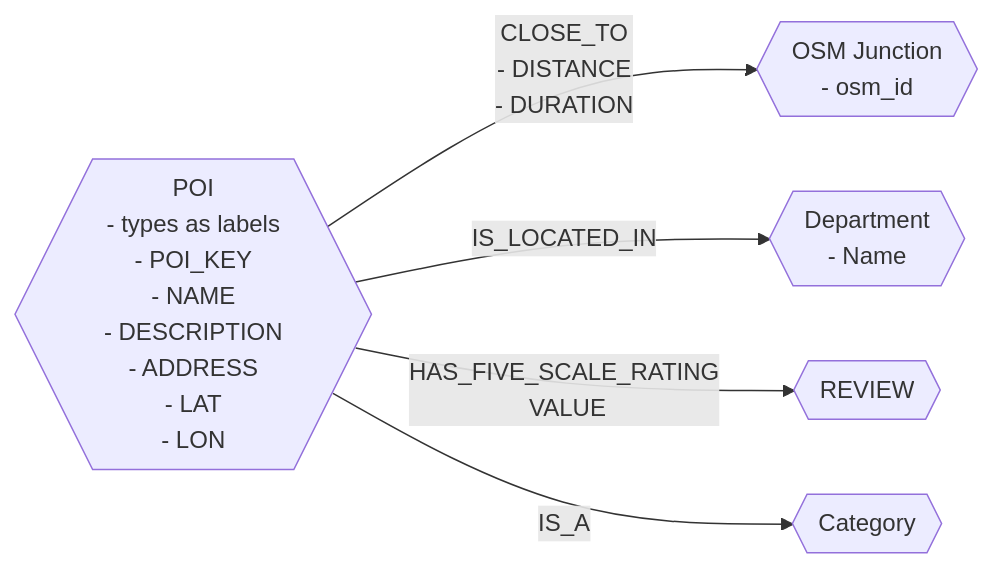
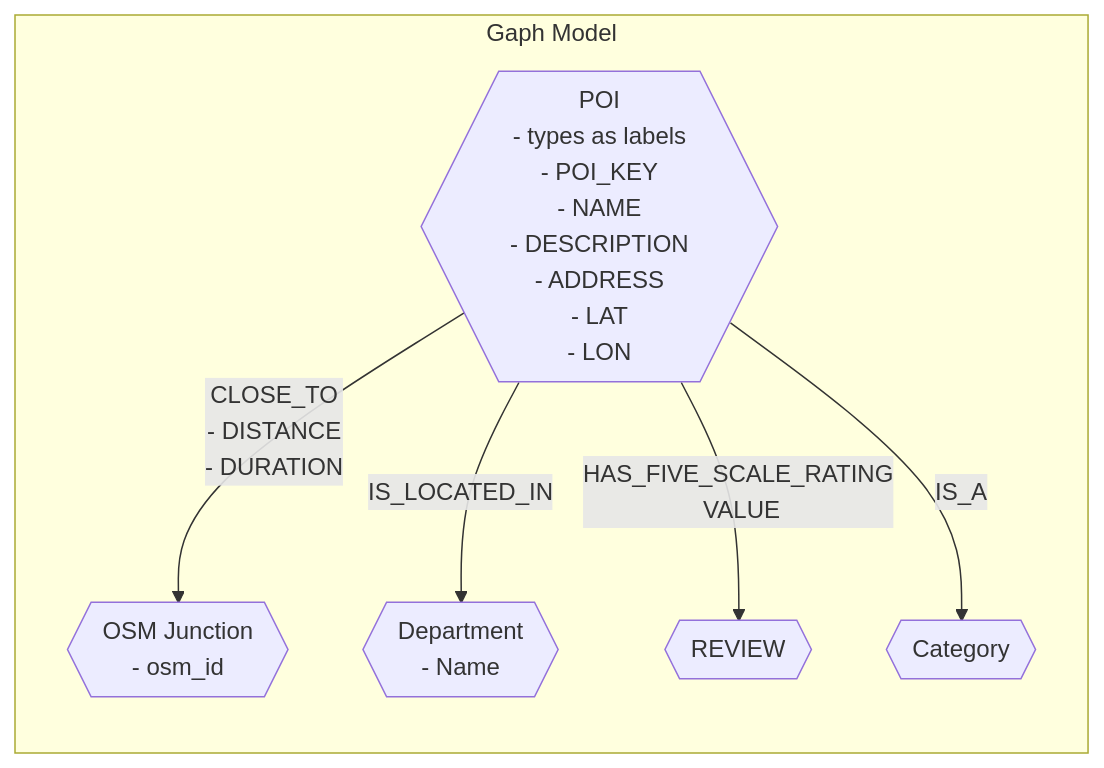
One commit to MatthausHaberkorn/de_dbtsnow_poi changed the second of 2 diagrams in README.md. Above: the diagram before and after it, drawn with Mermaid. The commit also changed other lines of this file and 5 other files, not shown here.

````diff
--- a/README.md
+++ b/README.md
@@ -184,24 +213,26 @@
 ```mermaid
 flowchart LR
+    subgraph id100[Gaph Model]
     id11{{"`POI
     - types as labels
     - POI_KEY
     - NAME
     - DESCRIPTION
     - ADDRESS
     - LAT
     - LON`"}}
 
     id2{{OSM Junction\n- osm_id}}
     id3{{Department\n- Name}}
     id5{{REVIEW}}
     id7{{Category}}
 
 
     id11 -- "`CLOSE_TO
     - DISTANCE
     - DURATION`" --> id2
     id11 -- IS_LOCATED_IN --> id3
     id11 -- HAS_FIVE_SCALE_RATING\n VALUE --> id5
     id11 -- IS_A --> id7
+    end
 ```
````
